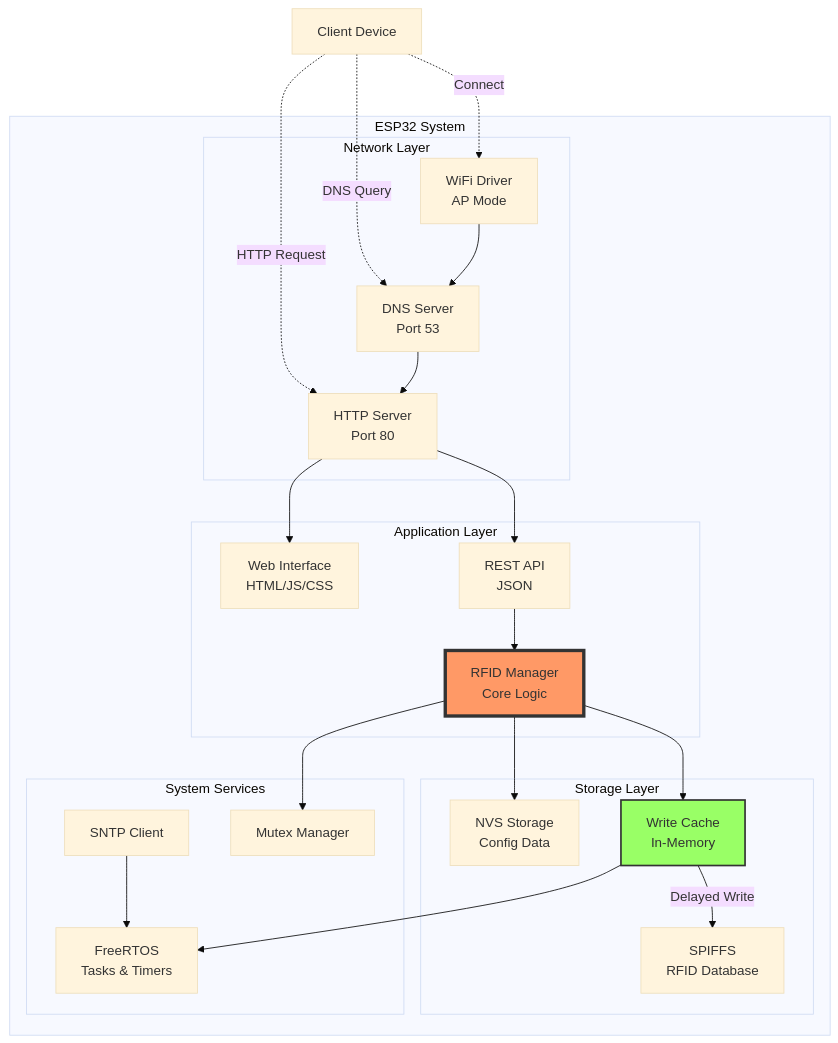
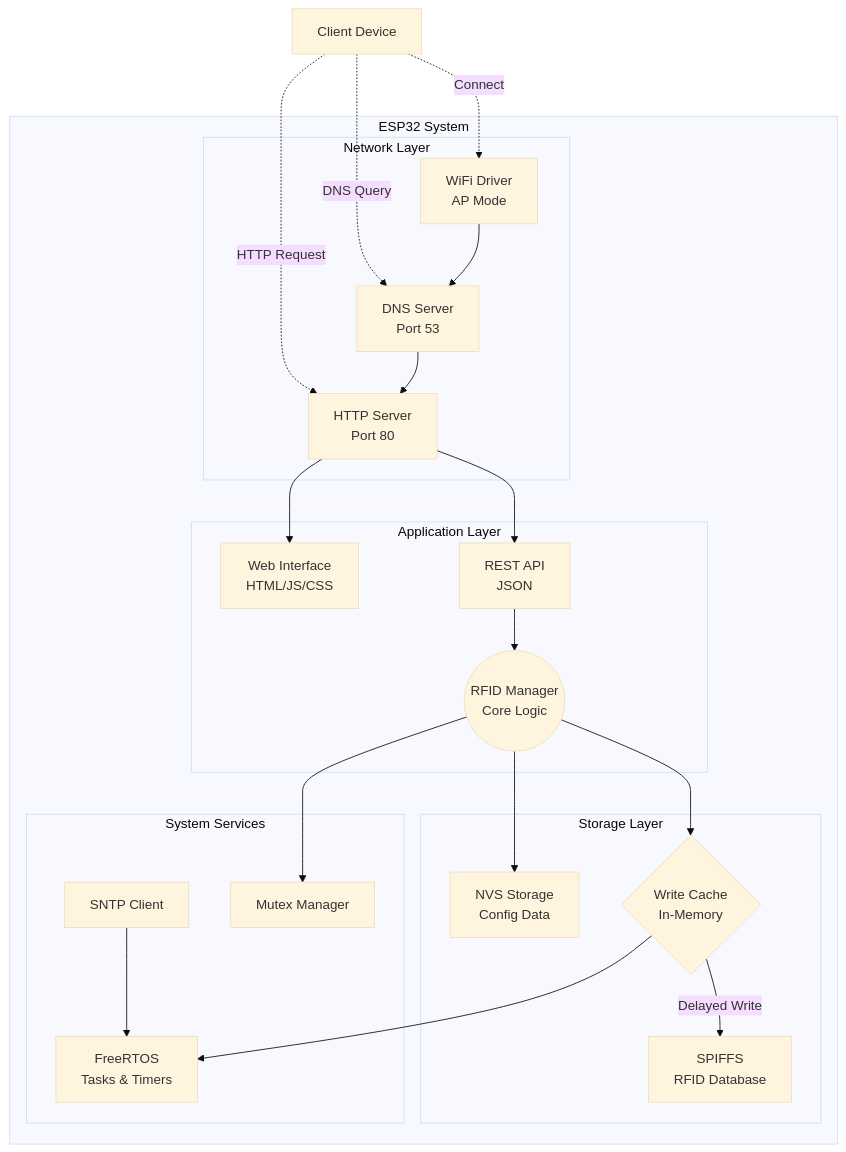
The first of 3 diagrams in README.md (Tabrez-dev/CaptivePortal_Custom), drawn with Mermaid (base theme) before and after one commit.

````diff
--- a/README.md
+++ b/README.md
@@ -37,49 +37,48 @@
 ```mermaid
 graph TB
     subgraph "ESP32 System"
         subgraph "Network Layer"
             WIFI[WiFi Driver<br/>AP Mode]
             DNS[DNS Server<br/>Port 53]
             HTTP[HTTP Server<br/>Port 80]
         end
         
         subgraph "Application Layer"
             WEB[Web Interface<br/>HTML/JS/CSS]
             API[REST API<br/>JSON]
-            RFID[RFID Manager<br/>Core Logic]
+            RFID((RFID Manager<br/>Core Logic))
         end
         
         subgraph "Storage Layer"
             NVS[NVS Storage<br/>Config Data]
             SPIFFS[SPIFFS<br/>RFID Database]
-            CACHE[Write Cache<br/>In-Memory]
+            CACHE{Write Cache<br/>In-Memory}
         end
         
         subgraph "System Services"
             SNTP[SNTP Client]
             RTOS[FreeRTOS<br/>Tasks & Timers]
             MUTEX[Mutex Manager]
         end
     end
     
     CLIENT[Client Device] -.->|Connect| WIFI
     CLIENT -.->|DNS Query| DNS
     CLIENT -.->|HTTP Request| HTTP
     
     WIFI --> DNS
     DNS --> HTTP
     HTTP --> WEB
     HTTP --> API
     API --> RFID
     
     RFID --> CACHE
     CACHE -->|Delayed Write| SPIFFS
     RFID --> NVS
     
     RFID --> MUTEX
     CACHE --> RTOS
     SNTP --> RTOS
     
-    style RFID fill:#f96,stroke:#333,stroke-width:4px
-    style CACHE fill:#9f6,stroke:#333,stroke-width:2px
+
 ```
````
